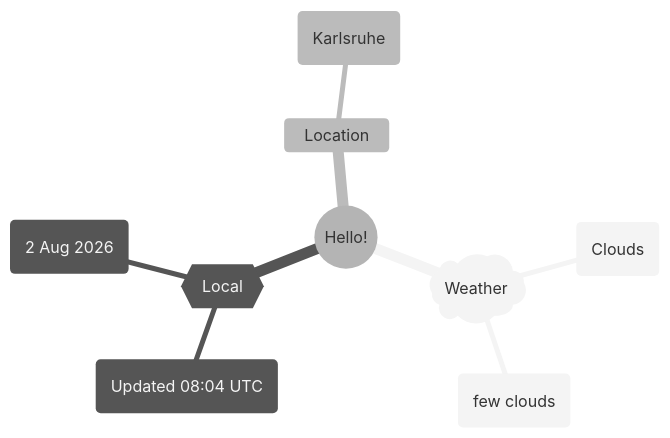
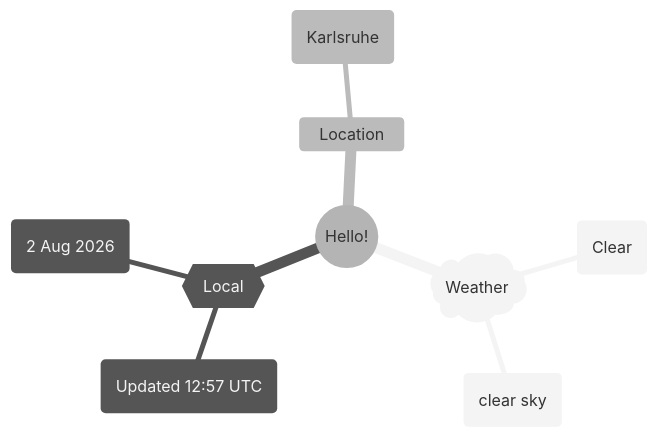
The first of 2 diagrams in README.md (Xosrov/Xosrov), drawn with Mermaid (neutral theme) before and after one commit.

Commit message:
[bot] updated images

````diff
--- a/README.md
+++ b/README.md
@@ -3,12 +3,12 @@
 ```mermaid
 mindmap
   root((Hello!))
     )Weather(
-        (Clouds)
-        (few clouds)
+        (Clear)
+        (clear sky)
     {{Local}}
-        (Updated 08:04 UTC)
+        (Updated 12:57 UTC)
         (2 Aug 2026)
     Location
         (Karlsruhe)
 ```
````
